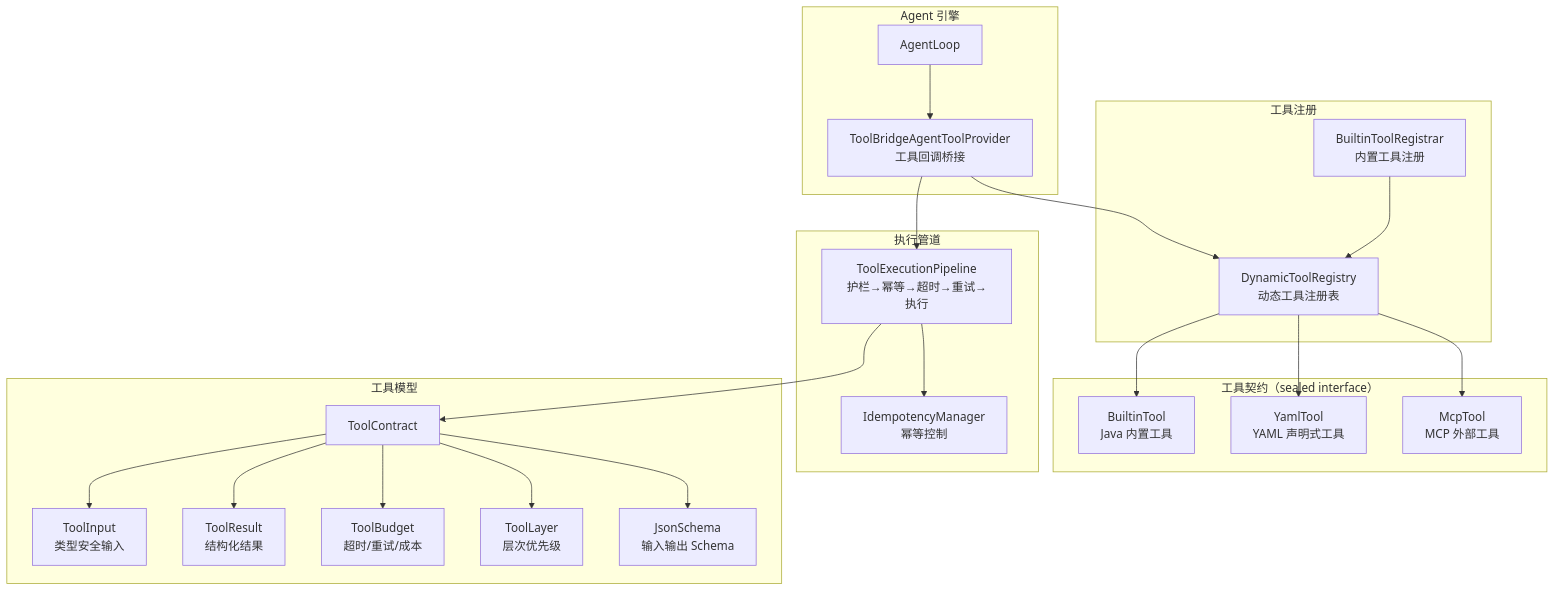
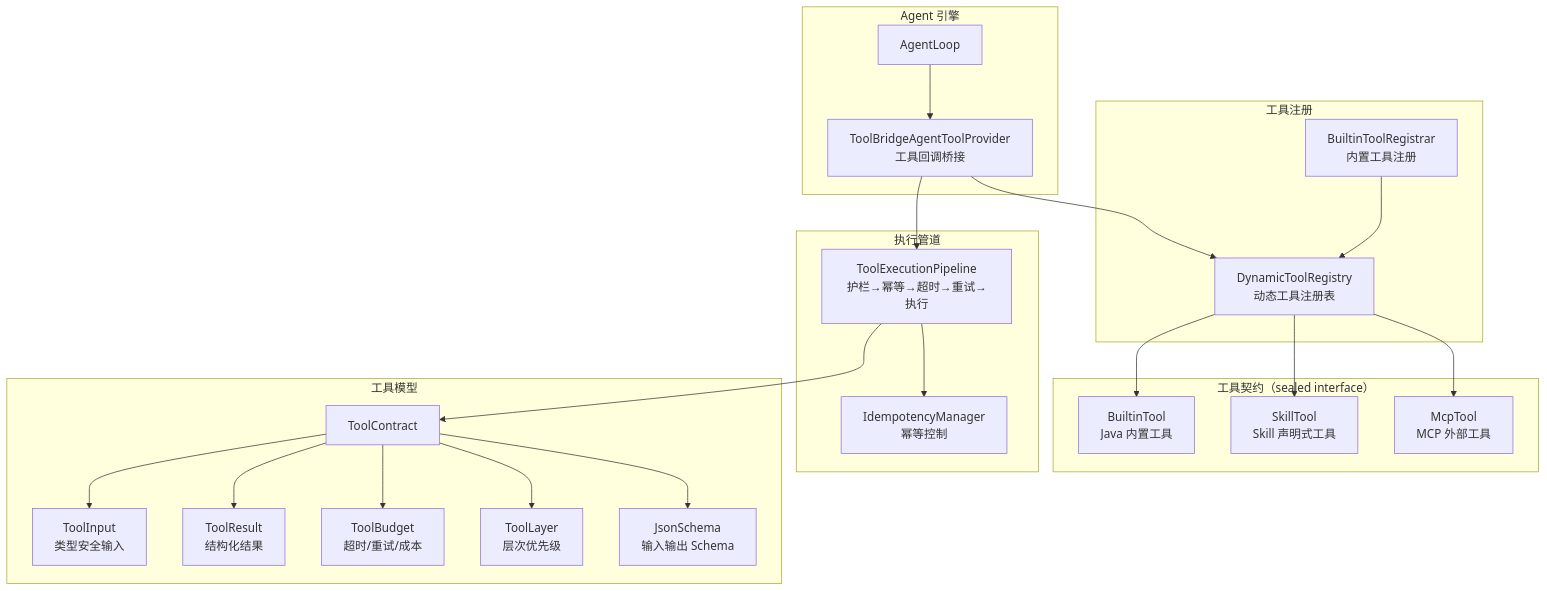
One commit to ntygod/LifePilot changed the first of 2 diagrams in docs/architecture/tool-ecosystem.md. Above: the diagram before and after it, drawn with Mermaid. The commit also changed other lines of this file and 7 other files, not shown here.

````diff
--- a/docs/architecture/tool-ecosystem.md
+++ b/docs/architecture/tool-ecosystem.md
@@ -13,46 +13,46 @@
 ```mermaid
 graph TB
     subgraph "Agent 引擎"
         AGENT["AgentLoop"]
         BRIDGE["ToolBridgeAgentToolProvider<br/>工具回调桥接"]
     end
 
     subgraph "工具注册"
         REG["DynamicToolRegistry<br/>动态工具注册表"]
         BUILTIN_REG["BuiltinToolRegistrar<br/>内置工具注册"]
     end
 
     subgraph "工具契约（sealed interface）"
         BUILTIN["BuiltinTool<br/>Java 内置工具"]
-        YAML["YamlTool<br/>YAML 声明式工具"]
+        YAML["SkillTool<br/>Skill 声明式工具"]
         MCP_TOOL["McpTool<br/>MCP 外部工具"]
     end
 
     subgraph "执行管道"
         PIPE["ToolExecutionPipeline<br/>护栏→幂等→超时→重试→执行"]
         IDEM["IdempotencyManager<br/>幂等控制"]
     end
 
     subgraph "工具模型"
         CONTRACT["ToolContract"]
         INPUT["ToolInput<br/>类型安全输入"]
         RESULT["ToolResult<br/>结构化结果"]
         BUDGET["ToolBudget<br/>超时/重试/成本"]
         LAYER["ToolLayer<br/>层次优先级"]
         SCHEMA["JsonSchema<br/>输入输出 Schema"]
     end
 
     AGENT --> BRIDGE --> REG
     BUILTIN_REG --> REG
     REG --> BUILTIN
     REG --> YAML
     REG --> MCP_TOOL
     BRIDGE --> PIPE
     PIPE --> IDEM
     PIPE --> CONTRACT
     CONTRACT --> INPUT
     CONTRACT --> RESULT
     CONTRACT --> BUDGET
     CONTRACT --> LAYER
     CONTRACT --> SCHEMA
 ```
````
